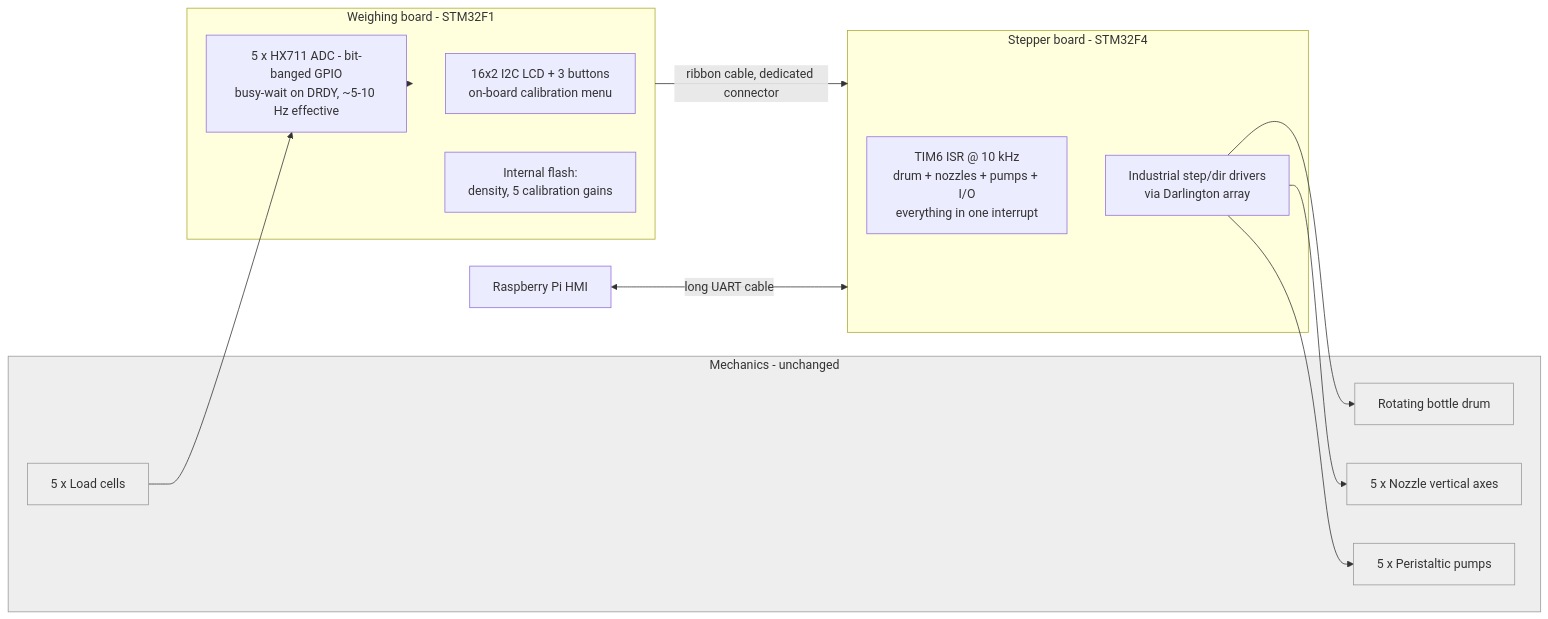
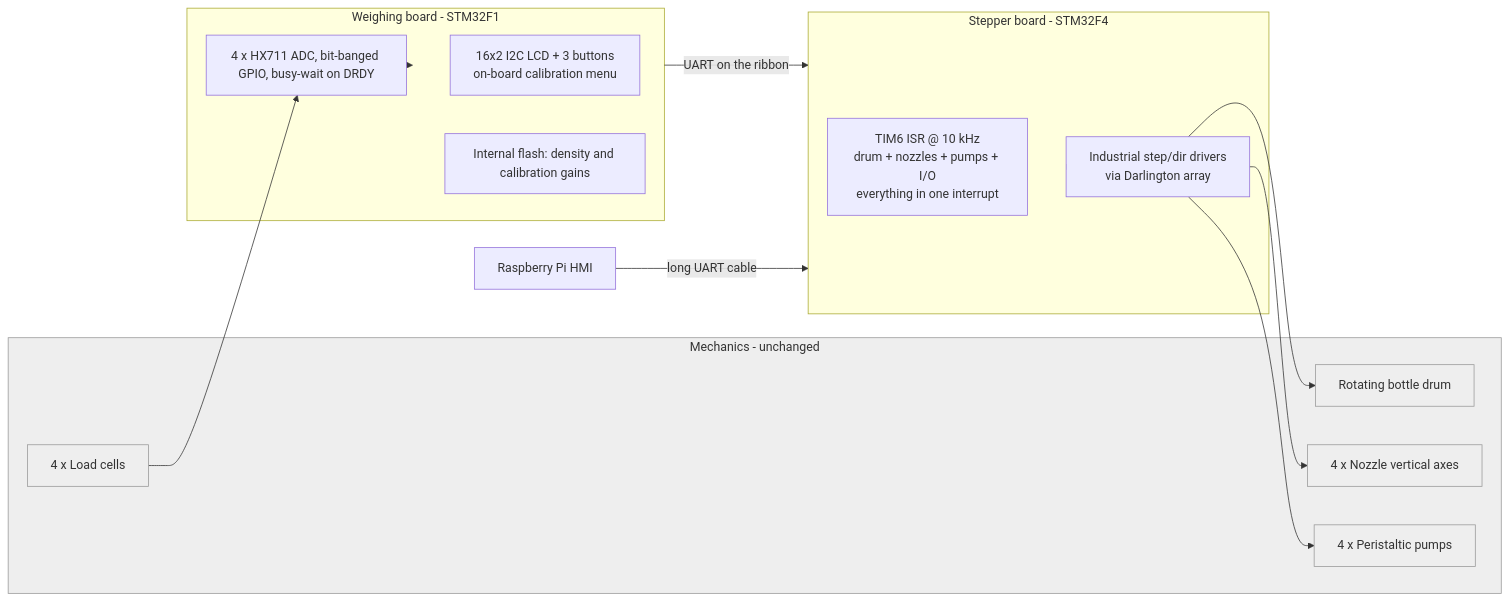
One commit to alibeknakhimov/gravimetric-filling-line changed the first of 2 diagrams in docs/architecture.md. Above: the diagram before and after it, drawn with Mermaid. The commit also changed other lines of this file and 6 other files, not shown here.

````diff
--- a/docs/architecture.md
+++ b/docs/architecture.md
@@ -9,34 +10,34 @@
 ```mermaid
 flowchart LR
     subgraph MECH[Mechanics - unchanged]
         DRUM[Rotating bottle drum]
-        NZ[5 x Nozzle vertical axes]
-        PMP[5 x Peristaltic pumps]
-        LC[5 x Load cells]
+        NZ[4 x Nozzle vertical axes]
+        PMP[4 x Peristaltic pumps]
+        LC[4 x Load cells]
     end
 
     subgraph BRD1[Weighing board - STM32F1]
-        HX["5 x HX711 ADC - bit-banged GPIO<br/>busy-wait on DRDY, ~5-10 Hz effective"]
+        HX["4 x HX711 ADC, bit-banged GPIO, busy-wait on DRDY"]
         LCD["16x2 I2C LCD + 3 buttons<br/>on-board calibration menu"]
-        FLASH["Internal flash:<br/>density, 5 calibration gains"]
+        FLASH["Internal flash: density and calibration gains"]
     end
 
     subgraph BRD2[Stepper board - STM32F4]
         IRQ["TIM6 ISR @ 10 kHz<br/>drum + nozzles + pumps + I/O<br/>everything in one interrupt"]
         DRV["Industrial step/dir drivers<br/>via Darlington array"]
     end
 
     PI[Raspberry Pi HMI]
 
     LC --> HX
     HX --> BRD1
-    BRD1 -->|ribbon cable, dedicated connector| BRD2
+    BRD1 -->|UART on the ribbon| BRD2
     BRD2 --> DRV
     DRV --> DRUM
     DRV --> NZ
     DRV --> PMP
-    PI <-->|long UART cable| BRD2
+    PI -->|long UART cable| BRD2
 
     classDef mech fill:#eee,stroke:#999,color:#333;
     class MECH,DRUM,NZ,PMP,LC mech;
 ```
````
